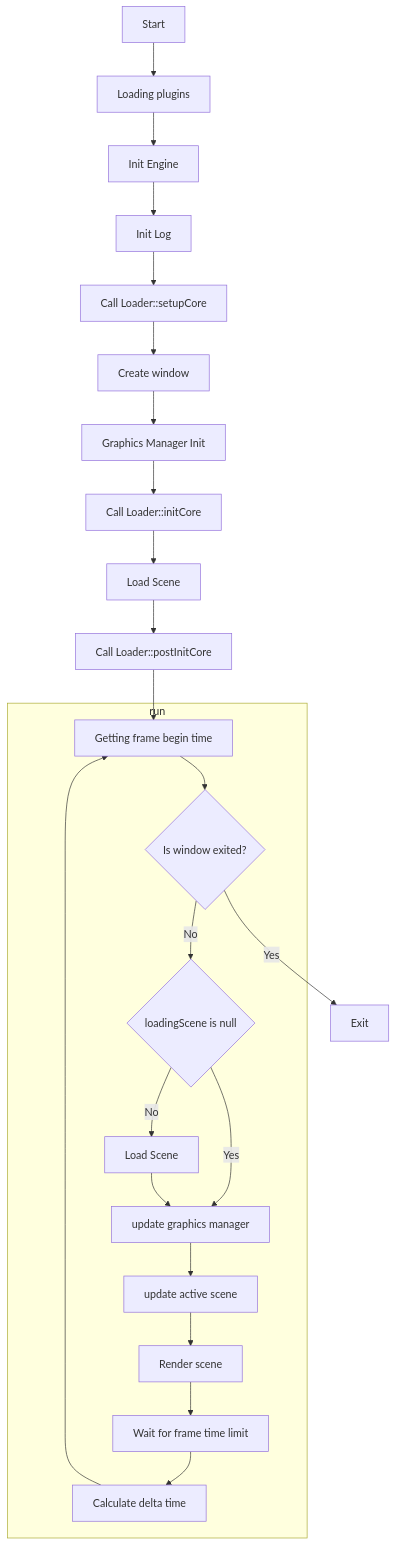
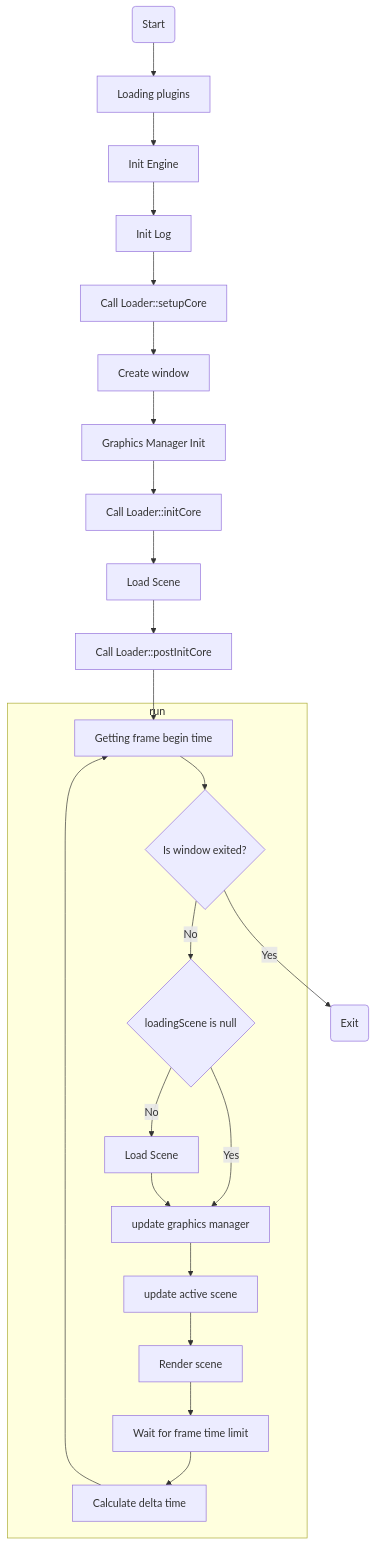
One commit to FileBin/RiceEngine changed the diagram in doc/core.md. Above: the diagram before and after it, drawn with Mermaid. The commit also changed other lines of this file and 5 other files, not shown here.

Commit message:
docs graphics

````diff
--- a/doc/core.md
+++ b/doc/core.md
@@ -5,29 +64,29 @@
 ```mermaid
 flowchart TB    
-  A[Start] --> B[Loading plugins]
+  A(Start) --> B[Loading plugins]
   B --> C[Init Engine]
   C --> D[Init Log]
   D --> E[Call Loader::setupCore]
   E --> F[Create window]
   F --> G[Graphics Manager Init]
   G --> H[Call Loader::initCore]
   H --> I[Load Scene]
   I --> J[Call Loader::postInitCore]
   J --> K
   subgraph run
     K[Getting frame begin time]
     K --> L{Is window exited?}
     N --> |No| M[Load Scene]
     N --> |Yes| O
     M --> O[update graphics manager]
     L -->|No| N{loadingScene is null}
     O --> P[update active scene]
     P --> R[Render scene] 
     R --> T[Wait for frame time limit]
     T --> U[Calculate delta time]
     U --> K 
      
   end
   L -->|Yes| S
-  S[Exit]
+  S(Exit)
 ```
````
